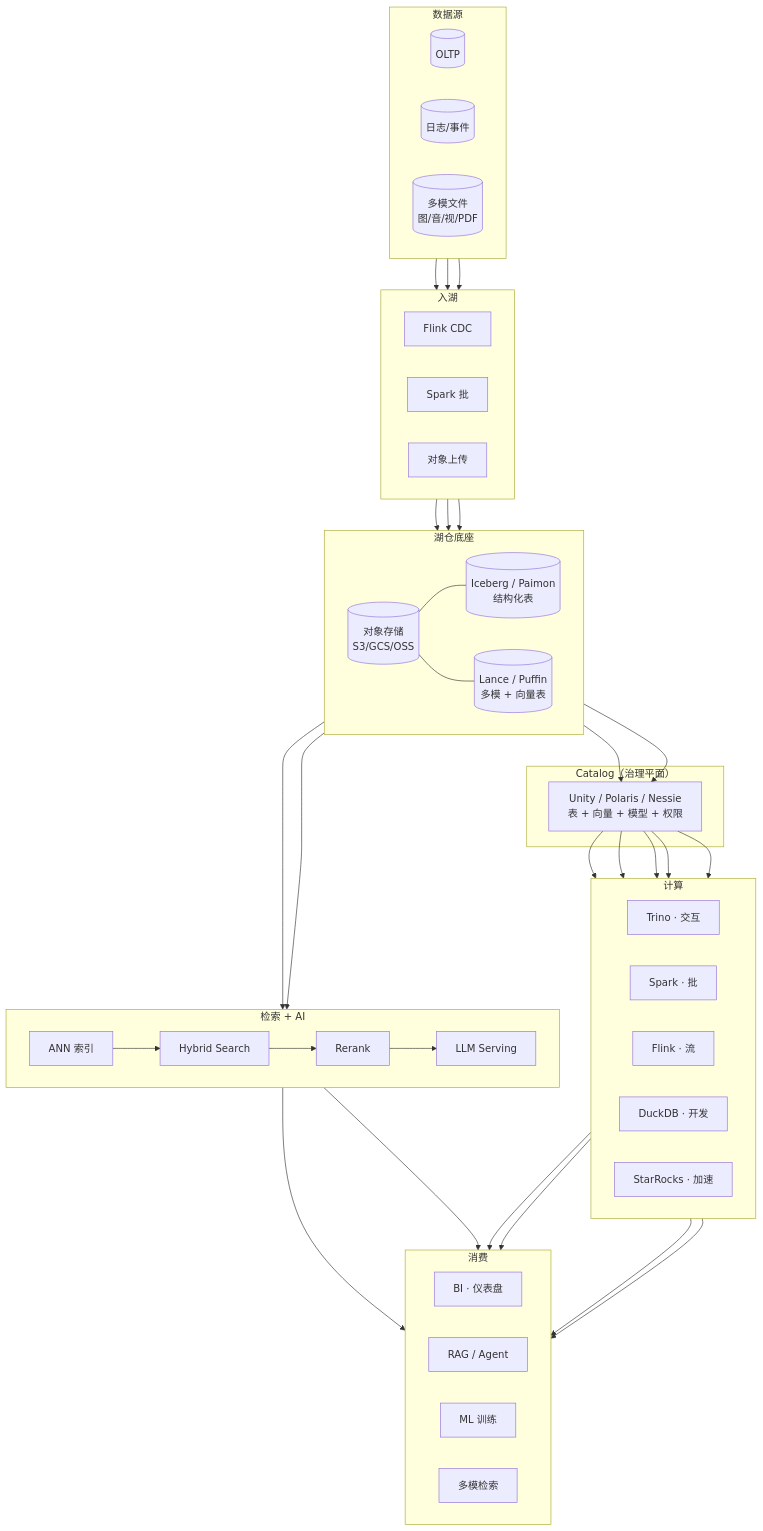
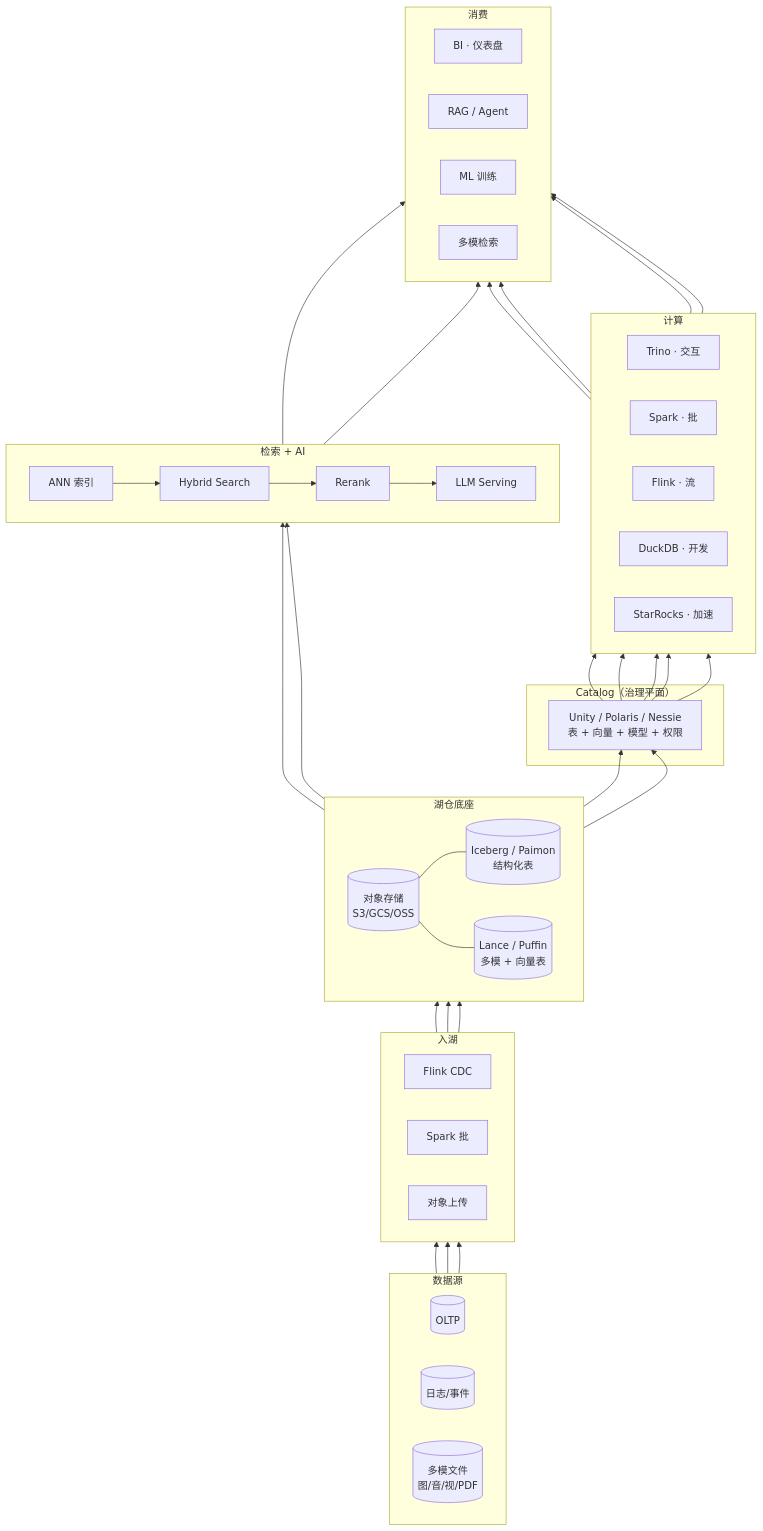
The diagram in docs/index.md (wangyong9999/lakehouse-wiki), drawn with Mermaid before and after one commit.

Commit message:
fix(index): flip architecture Mermaid to BT (foundation lives at bottom)
Previously using 'flowchart TB' with subgraphs declared top-to-bottom
put 湖仓底座 visually near the top of the diagram, which reads as
counter-intuitive (foundations conventionally sit at the bottom of a
stack diagram).

Flipping to 'flowchart BT' reverses the render: arrows flow upward,
data sources at the base, 湖仓底座 as the third layer from bottom (no
longer at the top), consumption at the top — matches the mental model
of 'data rises through the platform stack'.

Will be replaced by a hand-crafted SVG soon (Phase 12), but this
one-word fix keeps the live site correct in the meantime.

````diff
--- a/docs/index.md
+++ b/docs/index.md
@@ -17,5 +17,5 @@
 ```mermaid
-flowchart TB
+flowchart BT
   subgraph "数据源"
     direction LR
     oltp[(OLTP)]
````
